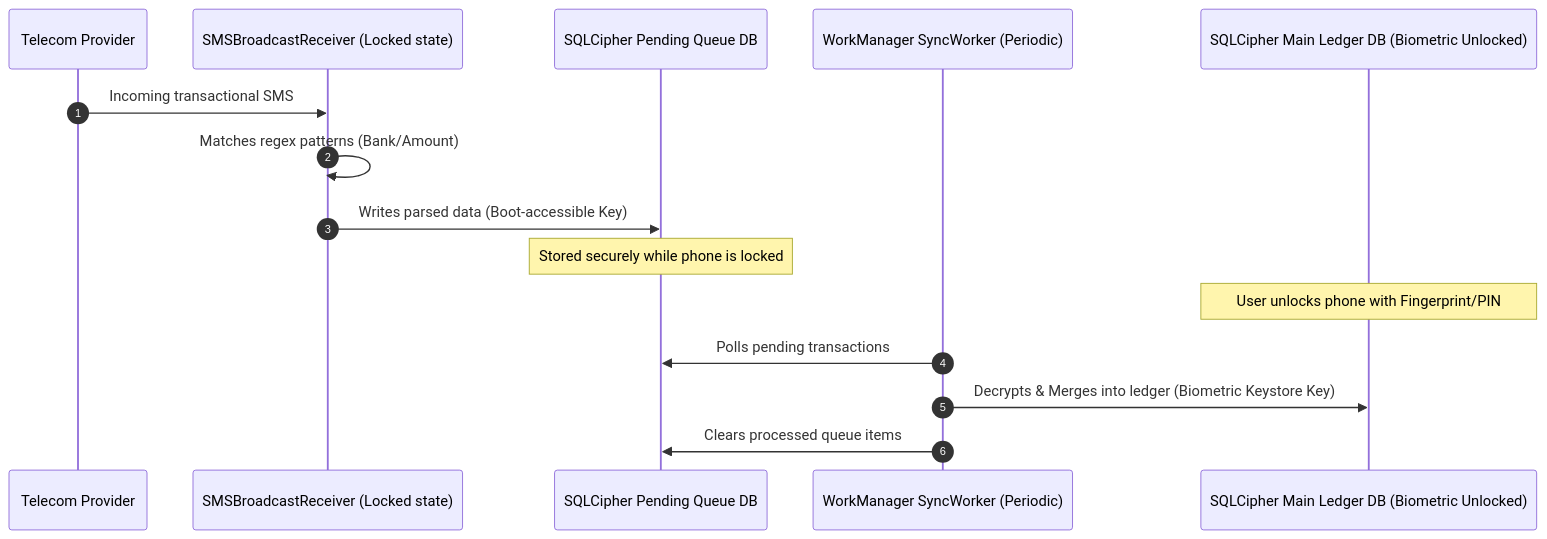
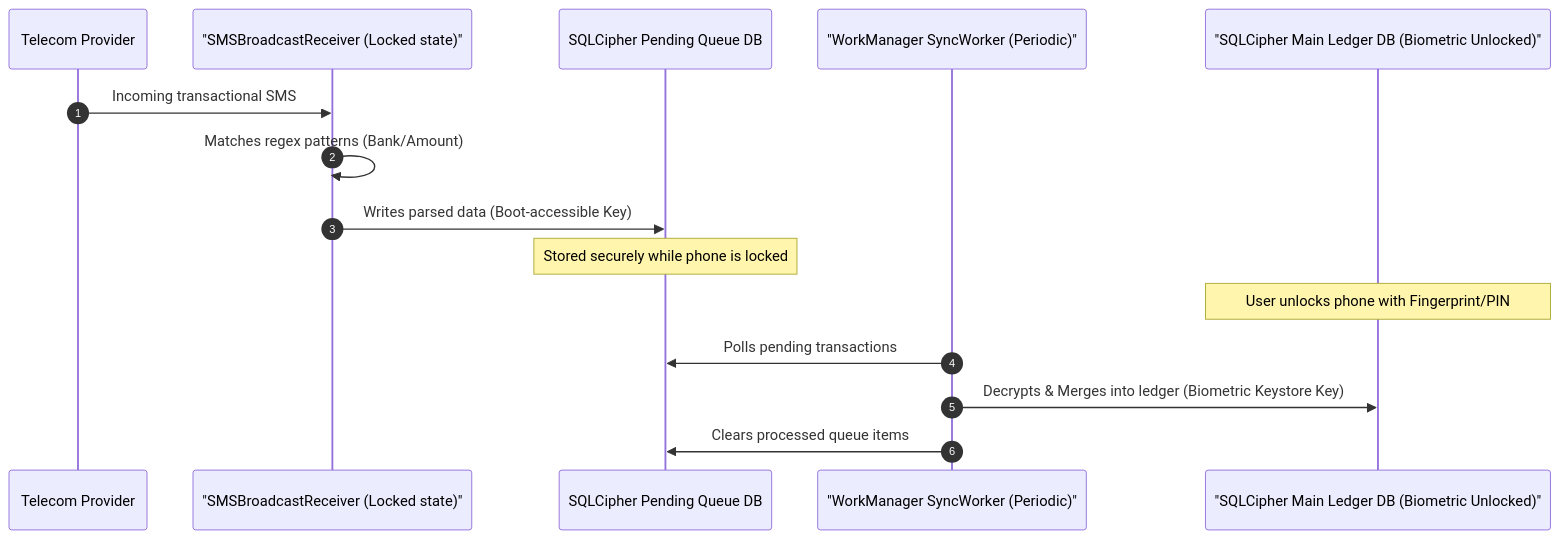
The second of 2 diagrams in README.md (swaroop-rayker/LedgerFlow), drawn with Mermaid before and after one commit. The commit also changed other lines of this file, not shown here.

Commit message:
fixed system architecture diagram error

````diff
--- a/README.md
+++ b/README.md
@@ -80,19 +80,19 @@
 ```mermaid
 sequenceDiagram
     autonumber
     participant Tel as Telecom Provider
-    participant Receiver as SMSBroadcastReceiver (Locked state)
+    participant Receiver as "SMSBroadcastReceiver (Locked state)"
     participant QueueDB as SQLCipher Pending Queue DB
-    participant SyncWorker as WorkManager SyncWorker (Periodic)
-    participant MainDB as SQLCipher Main Ledger DB (Biometric Unlocked)
+    participant SyncWorker as "WorkManager SyncWorker (Periodic)"
+    participant MainDB as "SQLCipher Main Ledger DB (Biometric Unlocked)"
     
     Tel->>Receiver: Incoming transactional SMS
     Receiver->>Receiver: Matches regex patterns (Bank/Amount)
     Receiver->>QueueDB: Writes parsed data (Boot-accessible Key)
     Note over QueueDB: Stored securely while phone is locked
     
     Note over MainDB: User unlocks phone with Fingerprint/PIN
     SyncWorker->>QueueDB: Polls pending transactions
     SyncWorker->>MainDB: Decrypts & Merges into ledger (Biometric Keystore Key)
     SyncWorker->>QueueDB: Clears processed queue items
 ```
````
